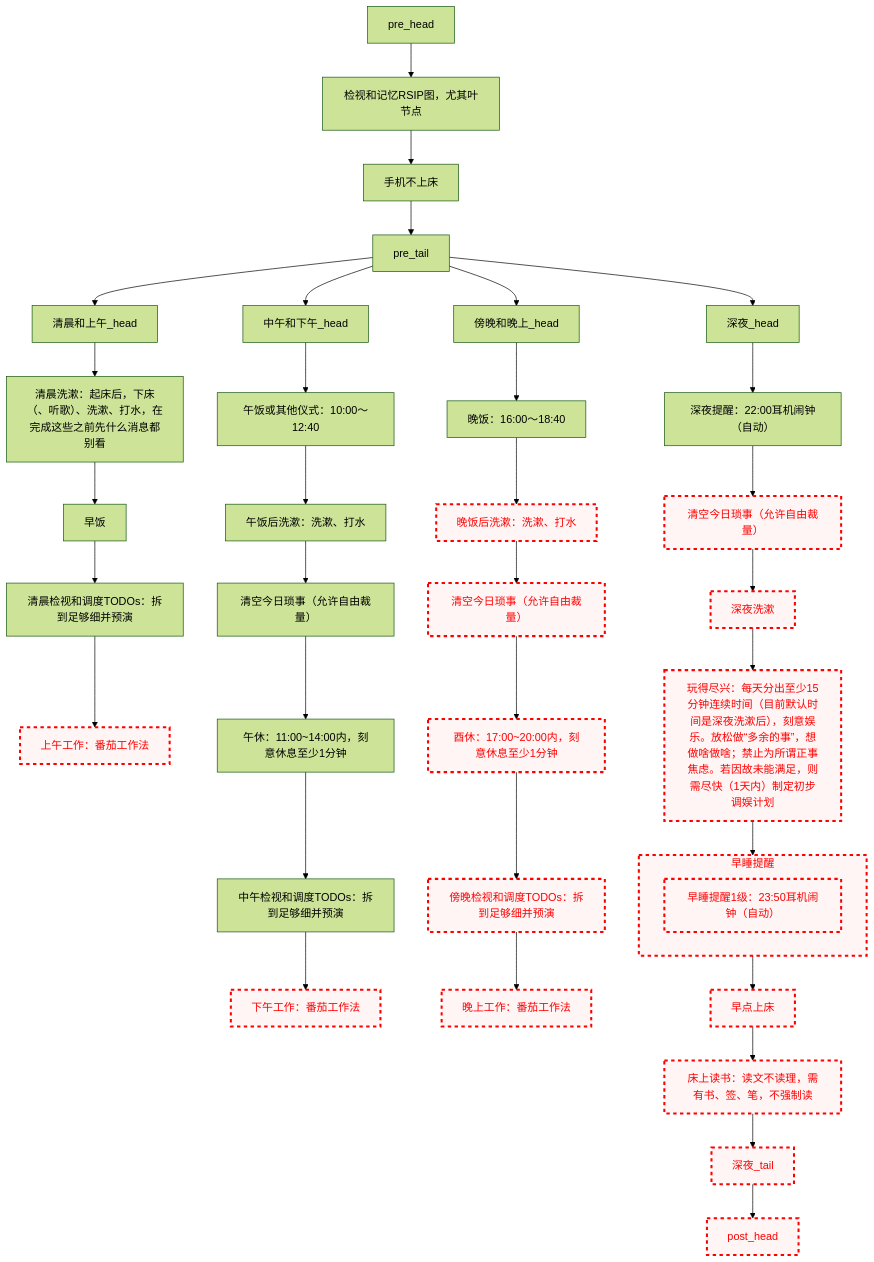
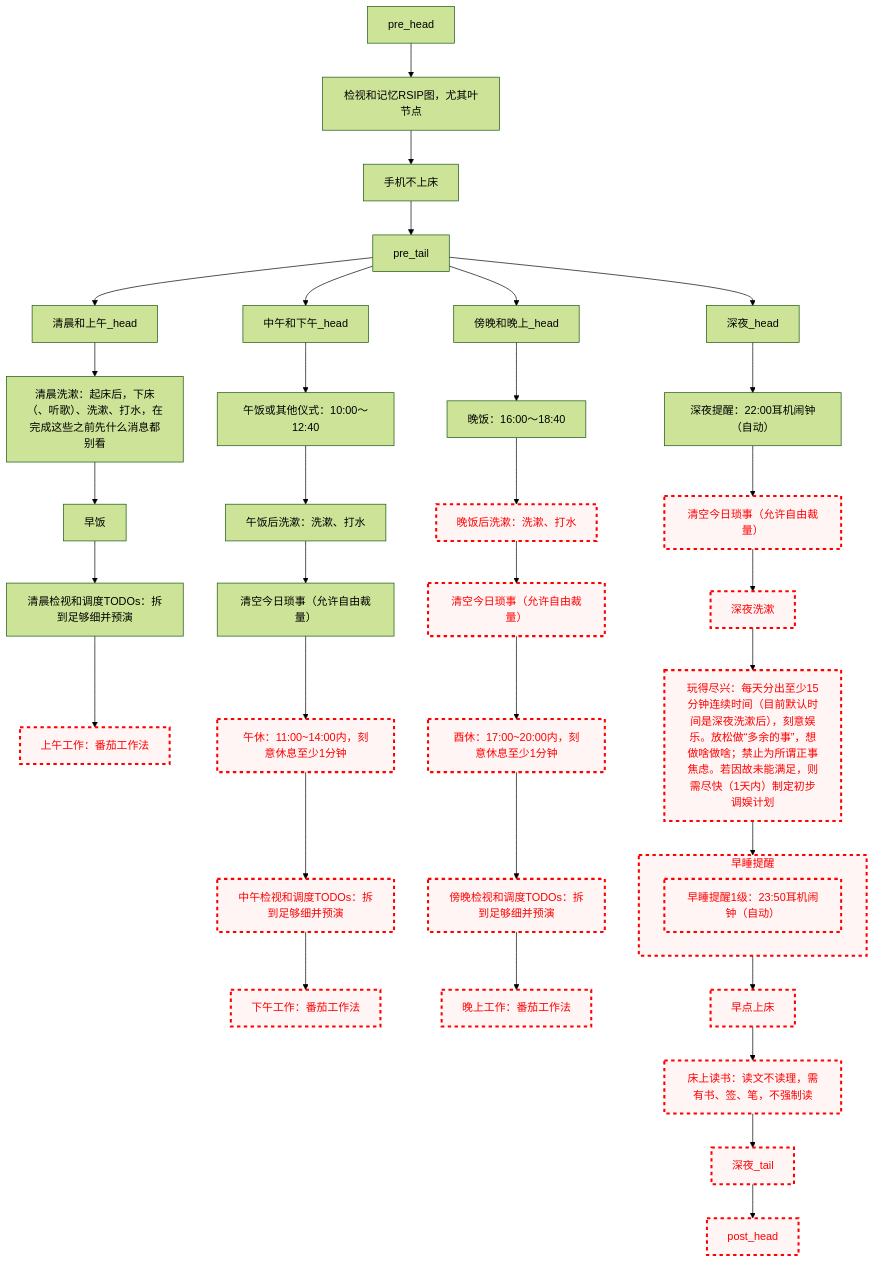
The diagram in README.md (Ethkuil/RSIP-tree), drawn with Mermaid (forest theme) before and after one commit.

Commit message:
disable 午休

````diff
--- a/README.md
+++ b/README.md
@@ -21,65 +21,67 @@
 ```mermaid
 graph TD
 
 classDef failed stroke:#ff0000, stroke-width:3px, color:#ff0000, fill:#fff5f5, stroke-dasharray: 5
 
 pre_head --> RSIP[检视和记忆RSIP图，尤其叶节点]
 RSIP --> 手机不上床
 手机不上床 --> pre_tail
 
 
 pre_tail --> 清晨和上午_head
 清晨和上午_head --> 清晨洗漱
 清晨洗漱[清晨洗漱：起床后，下床（、听歌）、洗漱、打水，在完成这些之前先什么消息都别看]
 清晨洗漱 --> 早饭
 早饭 --> 清晨看TODO[清晨检视和调度TODOs：拆到足够细并预演]
 清晨看TODO --> 上午工作[上午工作：番茄工作法]
 class 上午工作 failed
 
 pre_tail --> 中午和下午_head
 中午和下午_head --> 午饭[午饭或其他仪式：10:00～12:40]
 午饭 --> 午饭后洗漱[午饭后洗漱：洗漱、打水]
 午饭后洗漱 --> 中午今日琐事[清空今日琐事（允许自由裁量）]
 中午今日琐事 --> 午休[午休：11:00~14:00内，刻意休息至少1分钟]
+class 午休 failed
 午休 --> 中午看TODO[中午检视和调度TODOs：拆到足够细并预演]
+class 中午看TODO failed
 中午看TODO --> 下午工作[下午工作：番茄工作法]
 class 下午工作 failed
 
 pre_tail --> 傍晚和晚上_head
 傍晚和晚上_head --> 晚饭[晚饭：16:00～18:40]
 晚饭 --> 晚饭后洗漱[晚饭后洗漱：洗漱、打水]
 class 晚饭后洗漱 failed
 晚饭后洗漱 --> 傍晚今日琐事[清空今日琐事（允许自由裁量）]
 class 傍晚今日琐事 failed
 傍晚今日琐事 --> 酉休[酉休：17:00~20:00内，刻意休息至少1分钟]
 class 酉休 failed
 酉休 --> 傍晚看TODO[傍晚检视和调度TODOs：拆到足够细并预演]
 class 傍晚看TODO failed
 傍晚看TODO --> 晚上工作[晚上工作：番茄工作法]
 class 晚上工作 failed
 
 pre_tail --> 深夜_head
 深夜_head --> 深夜提醒[深夜提醒：22:00耳机闹钟（自动）]
 深夜提醒 --> 深夜今日琐事[清空今日琐事（允许自由裁量）]
 class 深夜今日琐事 failed
 深夜今日琐事 --> 深夜洗漱
 class 深夜洗漱 failed
 深夜洗漱 --> 玩得尽兴[玩得尽兴：每天分出至少15分钟连续时间（目前默认时间是深夜洗漱后），刻意娱乐。放松做“多余的事”，想做啥做啥；禁止为所谓正事焦虑。若因故未能满足，则需尽快（1天内）制定初步调娱计划]
 class 玩得尽兴 failed
 玩得尽兴 --> 早睡提醒
 subgraph 早睡提醒
   早睡提醒1级[早睡提醒1级：23:50耳机闹钟（自动）]
   class 早睡提醒1级 failed
 end
 class 早睡提醒 failed
 早睡提醒 --> 早点上床
 class 早点上床 failed
 早点上床 --> 床上读书[床上读书：读文不读理，需有书、签、笔，不强制读]
 class 床上读书 failed
 床上读书 --> 深夜_tail
 class 深夜_tail failed
 
 
 深夜_tail --> post_head
 class post_head failed
 ```
````
